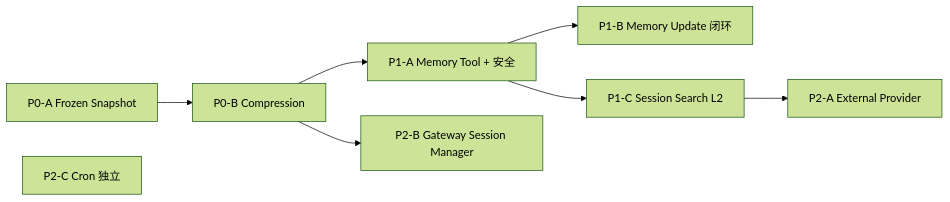
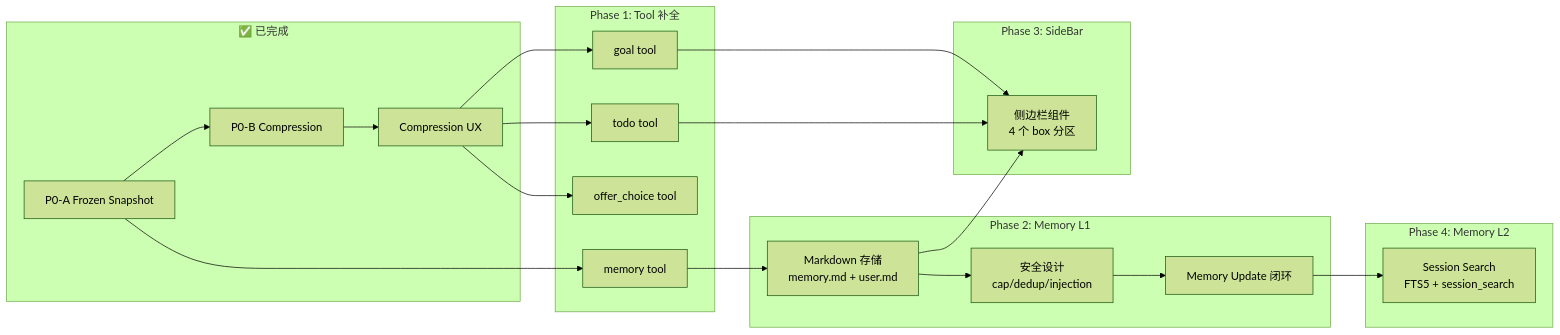
Before and after one commit to LunaticPum/vivlos: the third of 3 diagrams in vivlos/docs/架构.md, drawn with Mermaid (forest theme). The commit also changed other lines of this file and 1 other file, not shown here.

````diff
--- a/vivlos/docs/架构.md
+++ b/vivlos/docs/架构.md
@@ -394,10 +282,37 @@
 ```mermaid
 flowchart LR
-    P0A["P0-A Frozen Snapshot"] --> P0B["P0-B Compression"]
-    P0B --> P1A["P1-A Memory Tool + 安全"]
-    P1A --> P1B["P1-B Memory Update 闭环"]
-    P1A --> P1C["P1-C Session Search L2"]
-    P1C --> P2A["P2-A External Provider"]
-    P0B --> P2B["P2-B Gateway Session Manager"]
-    P2C["P2-C Cron 独立"]
+    subgraph Done["✅ 已完成"]
+        P0A["P0-A Frozen Snapshot"]
+        P0B["P0-B Compression"]
+        UX["Compression UX"]
+    end
+
+    subgraph Phase1["Phase 1: Tool 补全"]
+        GOAL["goal tool"]
+        TODO["todo tool"]
+        OFFER["offer_choice tool"]
+        MEMTOOL["memory tool"]
+    end
+
+    subgraph Phase2["Phase 2: Memory L1"]
+        L1MD["Markdown 存储<br/>memory.md + user.md"]
+        L1SAFE["安全设计<br/>cap/dedup/injection"]
+        L1LOOP["Memory Update 闭环"]
+    end
+
+    subgraph Phase3["Phase 3: SideBar"]
+        SB["侧边栏组件<br/>4 个 box 分区"]
+    end
+
+    subgraph Phase4["Phase 4: Memory L2"]
+        L2["Session Search<br/>FTS5 + session_search"]
+    end
+
+    P0A --> P0B --> UX
+    UX --> GOAL & TODO & OFFER
+    P0A --> MEMTOOL
+    MEMTOOL --> L1MD --> L1SAFE --> L1LOOP
+    GOAL & TODO --> SB
+    L1MD --> SB
+    L1LOOP --> L2
 ```
````
